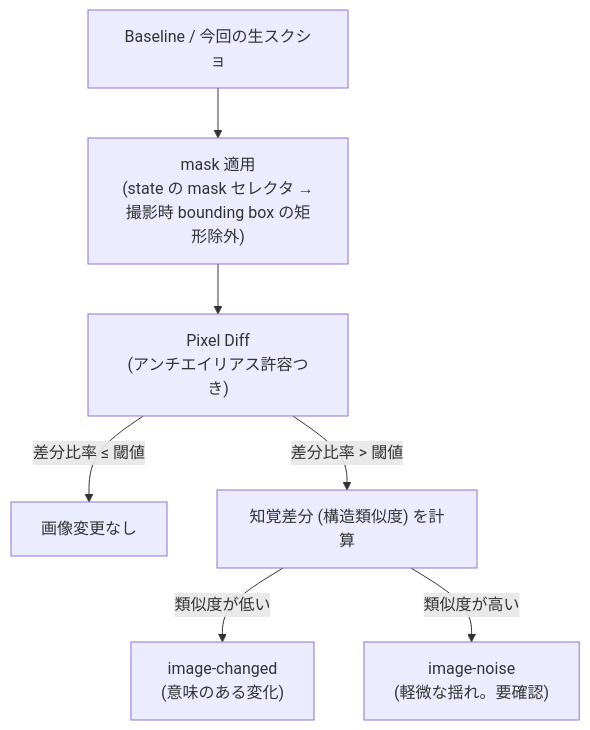
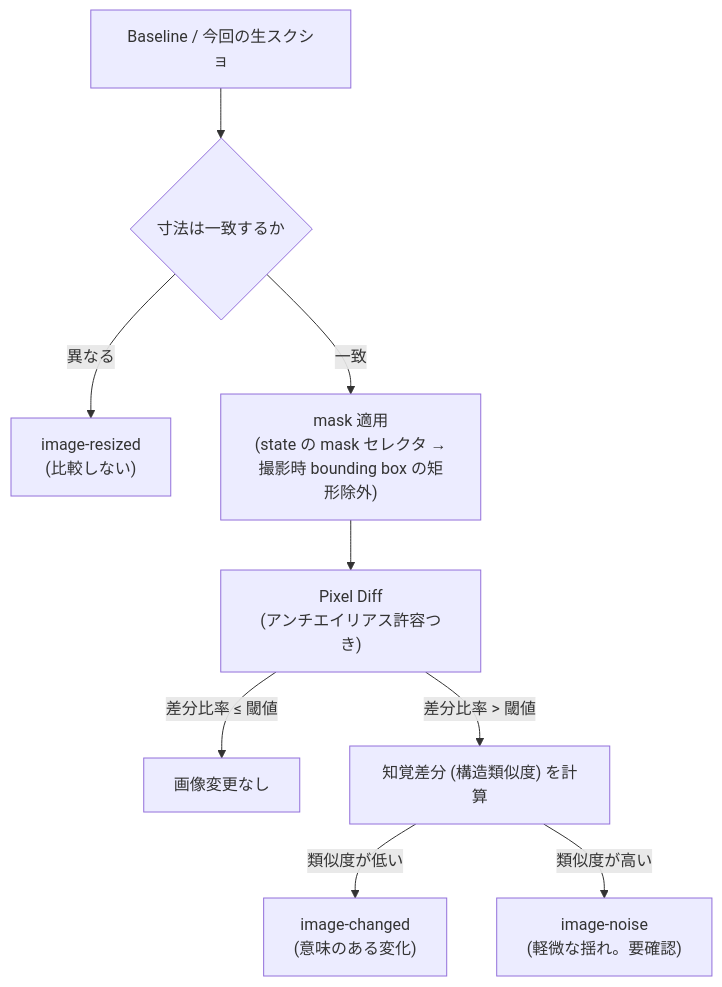
Before and after one commit to Fukuemon/screen-contract: the first of 2 diagrams in design/features/change-detection/DesignDoc_change-detection.md, drawn with Mermaid. The commit also changed other lines of this file and 10 other files, not shown here.

````diff
--- a/design/features/change-detection/DesignDoc_change-detection.md
+++ b/design/features/change-detection/DesignDoc_change-detection.md
@@ -108,9 +111,11 @@
 ```mermaid
 flowchart TD
-    A["Baseline / 今回の生スクショ"] --> B["mask 適用<br/>(state の mask セレクタ →<br/>撮影時 bounding box の矩形除外)"]
+    A["Baseline / 今回の生スクショ"] --> Z{"寸法は一致するか"}
+    Z -->|"異なる"| ZR["image-resized<br/>(比較しない)"]
+    Z -->|"一致"| B["mask 適用<br/>(state の mask セレクタ →<br/>撮影時 bounding box の矩形除外)"]
     B --> C["Pixel Diff<br/>(アンチエイリアス許容つき)"]
     C -->|"差分比率 ≤ 閾値"| D["画像変更なし"]
     C -->|"差分比率 > 閾値"| E["知覚差分 (構造類似度) を計算"]
     E -->|類似度が低い| F["image-changed<br/>(意味のある変化)"]
     E -->|類似度が高い| G["image-noise<br/>(軽微な揺れ。要確認)"]
 ```
````
